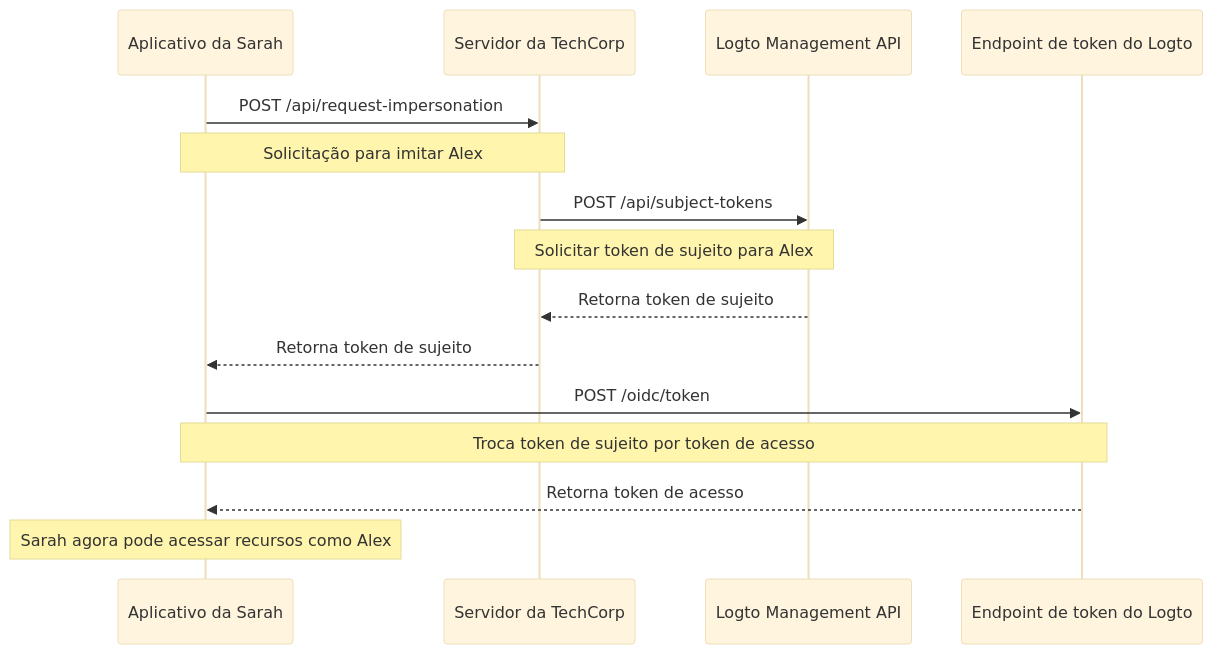
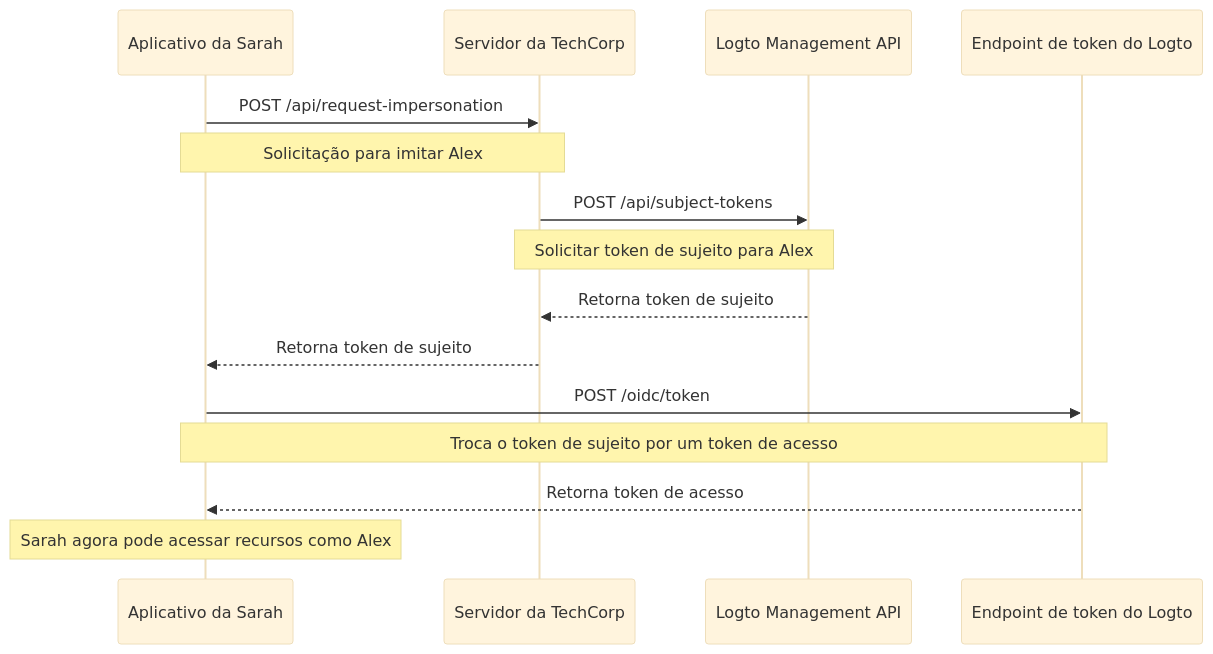
The diagram in i18n/pt-BR/docusaurus-plugin-content-docs/current/developers/user-impersonation.mdx (logto-io/docs), drawn with Mermaid (base theme) before and after one commit. The commit also changed other lines of this file and 53 other files, not shown here.

````diff
--- a/i18n/pt-BR/docusaurus-plugin-content-docs/current/developers/user-impersonation.mdx
+++ b/i18n/pt-BR/docusaurus-plugin-content-docs/current/developers/user-impersonation.mdx
@@ -16,22 +18,22 @@
 ```mermaid
 sequenceDiagram
     participant Sarah as Aplicativo da Sarah
     participant TechCorp as Servidor da TechCorp
     participant Logto as Logto Management API
     participant LogtoToken as Endpoint de token do Logto
 
     Sarah->>TechCorp: POST /api/request-impersonation
     Note over Sarah,TechCorp: Solicitação para imitar Alex
 
     TechCorp->>Logto: POST /api/subject-tokens
     Note over TechCorp,Logto: Solicitar token de sujeito para Alex
 
     Logto-->>TechCorp: Retorna token de sujeito
     TechCorp-->>Sarah: Retorna token de sujeito
 
     Sarah->>LogtoToken: POST /oidc/token
-    Note over Sarah,LogtoToken: Troca token de sujeito por token de acesso
+    Note over Sarah,LogtoToken: Troca o token de sujeito por um token de acesso
 
     LogtoToken-->>Sarah: Retorna token de acesso
     Note over Sarah: Sarah agora pode acessar recursos como Alex
 ```
````
